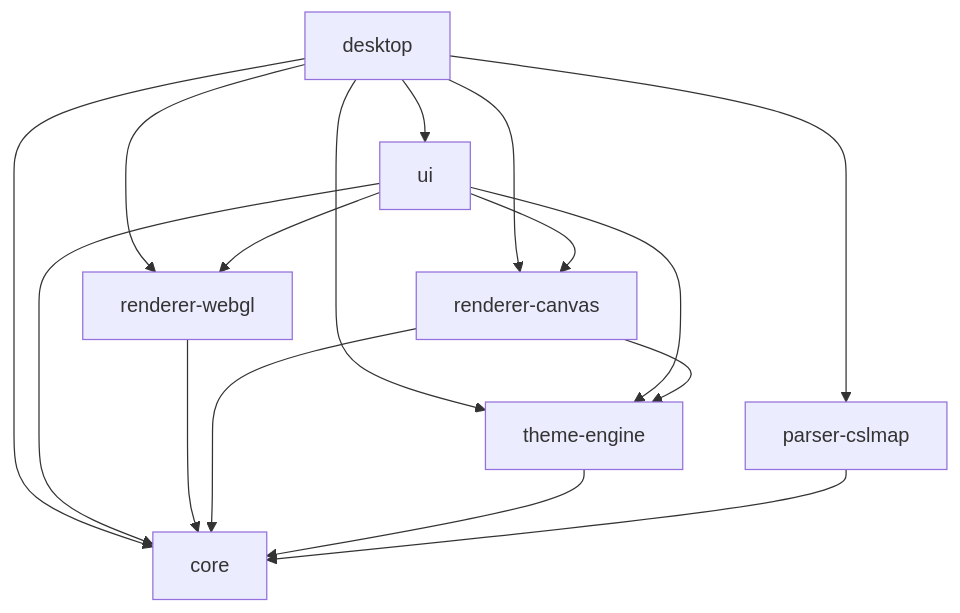
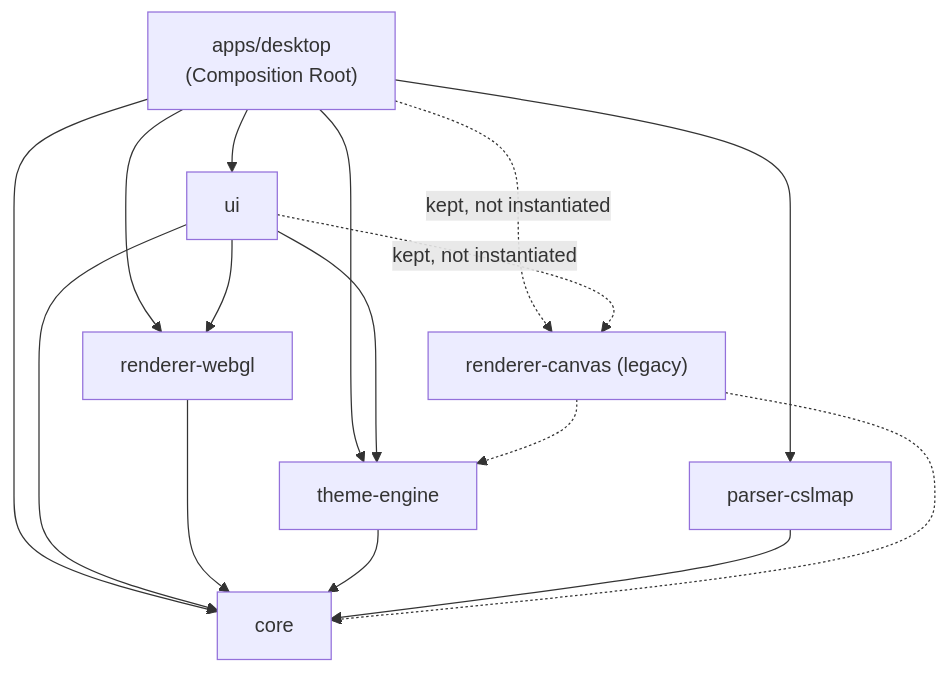
One commit to sebas-tcotd/vellum changed the first of 2 diagrams in README.md. Above: the diagram before and after it, drawn with Mermaid. The commit also changed other lines of this file and 6 other files, not shown here.

````diff
--- a/README.md
+++ b/README.md
@@ -84,21 +44,22 @@
 ```mermaid
 graph TD
-  desktop --> ui
+  desktop["apps/desktop<br/>(Composition Root)"] --> ui
   desktop --> core
   desktop --> parser-cslmap
-  desktop --> renderer-canvas
   desktop --> renderer-webgl
   desktop --> theme-engine
 
   ui --> core
-  ui --> renderer-canvas
   ui --> renderer-webgl
   ui --> theme-engine
 
   renderer-webgl --> core
-  renderer-canvas --> core
-  renderer-canvas --> theme-engine
 
   theme-engine --> core
   parser-cslmap --> core
+
+  desktop -.->|kept, not instantiated| renderer-canvas["renderer-canvas (legacy)"]
+  ui -.->|kept, not instantiated| renderer-canvas
+  renderer-canvas -.-> core
+  renderer-canvas -.-> theme-engine
 ```
````
